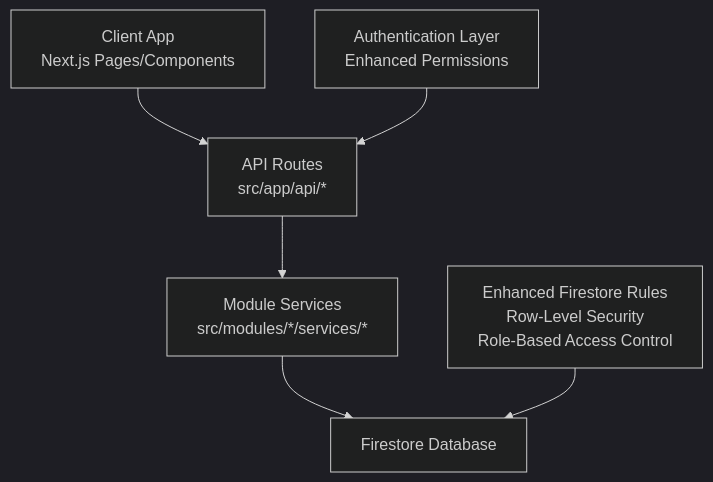
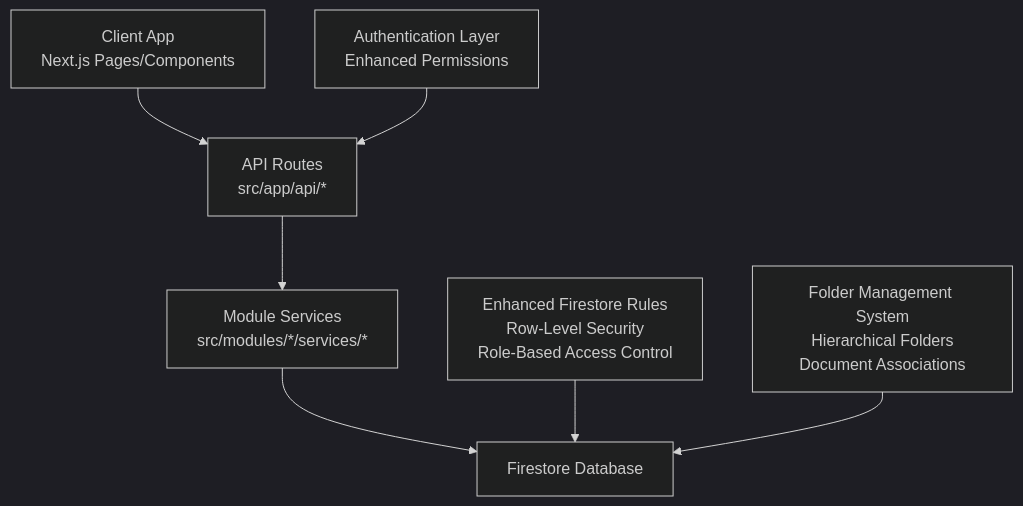
Before and after one commit to ngothanhtung/claude-code-shadcn-dashboard: the first of 11 diagrams in .qoder/repowiki/en/content/Database Schema.md, drawn with Mermaid (dark theme). The commit also changed other lines of this file and 112 other files, not shown here.

First line of the commit message:
feat(folder): add hierarchical folder management system with access control

````diff
--- a/.qoder/repowiki/en/content/Database Schema.md
+++ b/.qoder/repowiki/en/content/Database Schema.md
@@ -48,8 +52,9 @@
 ```mermaid
 graph TB
 Client["Client App<br/>Next.js Pages/Components"] --> API["API Routes<br/>src/app/api/*"]
 API --> Services["Module Services<br/>src/modules/*/services/*"]
 Services --> Firestore["Firestore Database"]
 Security["Enhanced Firestore Rules<br/>Row-Level Security<br/>Role-Based Access Control"] --> Firestore
 Auth["Authentication Layer<br/>Enhanced Permissions"] --> API
+FolderSystem["Folder Management System<br/>Hierarchical Folders<br/>Document Associations"] --> Firestore
 ```
````
